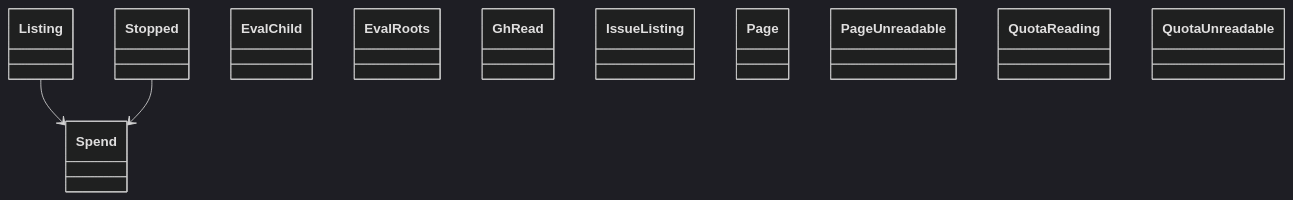
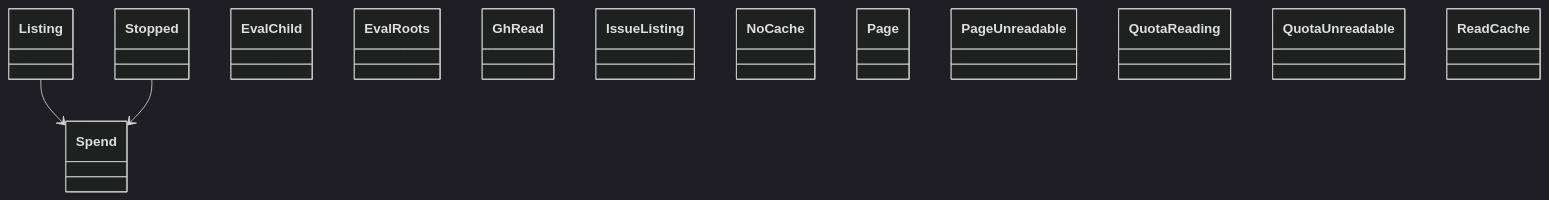
One commit to GonzaloZevallos/agentic-system changed the diagram in docs/architecture/generated/classes-measurement-application-ports.md. Above: the diagram before and after it, drawn with Mermaid (dark theme). The commit also changed 2 other files, not shown here.

Commit message:
Regenerate the architecture docs for the listing cache port

````diff
--- a/docs/architecture/generated/classes-measurement-application-ports.md
+++ b/docs/architecture/generated/classes-measurement-application-ports.md
@@ -7,16 +7,18 @@
 ```mermaid
 classDiagram
     class listing_reads__Listing["Listing"]
     class listing_reads__Stopped["Stopped"]
     class ports__EvalChild["EvalChild"]
     class ports__EvalRoots["EvalRoots"]
     class ports__GhRead["GhRead"]
     class ports__IssueListing["IssueListing"]
+    class ports__NoCache["NoCache"]
     class ports__Page["Page"]
     class ports__PageUnreadable["PageUnreadable"]
     class ports__QuotaReading["QuotaReading"]
     class ports__QuotaUnreadable["QuotaUnreadable"]
+    class ports__ReadCache["ReadCache"]
     class ports__Spend["Spend"]
     listing_reads__Listing --> ports__Spend
     listing_reads__Stopped --> ports__Spend
 ```
````
